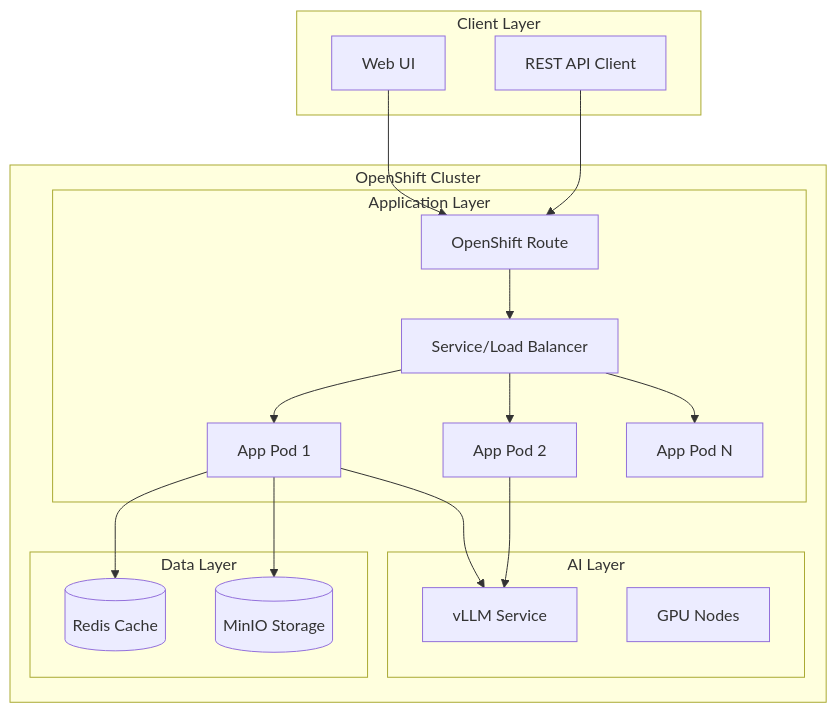
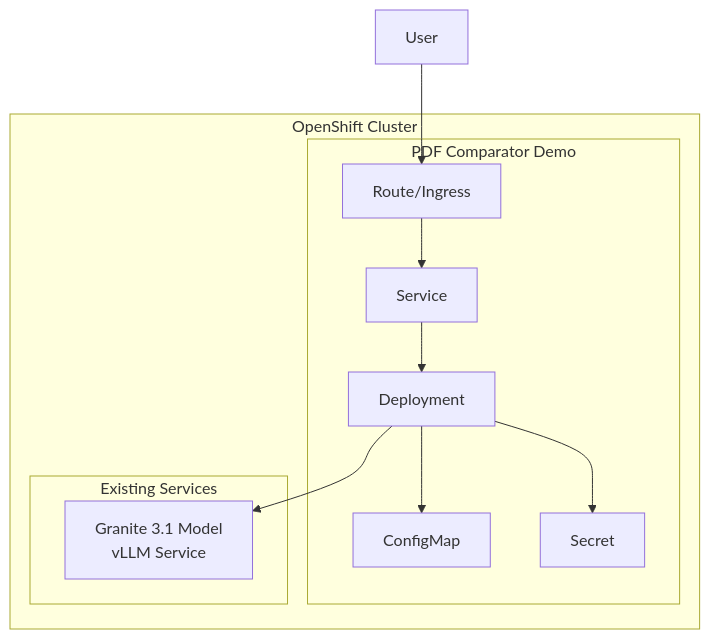
One commit to pkstaz/pdf-comparator-ai changed the diagram in README.md. Above: the diagram before and after it, drawn with Mermaid. The commit also changed other lines of this file, not shown here.

````diff
--- a/README.md
+++ b/README.md
@@ -85,38 +67,23 @@
 ```mermaid
 graph TB
-    subgraph "Client Layer"
-        UI[Web UI]
-        API[REST API Client]
-    end
-    
     subgraph "OpenShift Cluster"
-        subgraph "Application Layer"
-            Route[OpenShift Route]
-            SVC[Service/Load Balancer]
-            POD1[App Pod 1]
-            POD2[App Pod 2]
-            PODN[App Pod N]
+        subgraph "PDF Comparator Demo"
+            Route[Route/Ingress]
+            Service[Service]
+            Deployment[Deployment]
+            ConfigMap[ConfigMap]
+            Secret[Secret]
         end
         
-        subgraph "AI Layer"
-            vLLM[vLLM Service]
-            GPU[GPU Nodes]
-        end
-        
-        subgraph "Data Layer"
-            Redis[(Redis Cache)]
-            MinIO[(MinIO Storage)]
+        subgraph "Existing Services"
+            Granite[Granite 3.1 Model<br/>vLLM Service]
         end
     end
     
-    UI --> Route
-    API --> Route
-    Route --> SVC
-    SVC --> POD1
-    SVC --> POD2
-    SVC --> PODN
-    POD1 --> vLLM
-    POD2 --> vLLM
-    POD1 --> Redis
-    POD1 --> MinIO
+    User[User] --> Route
+    Route --> Service
+    Service --> Deployment
+    Deployment --> Granite
+    Deployment --> ConfigMap
+    Deployment --> Secret
 ```
````
